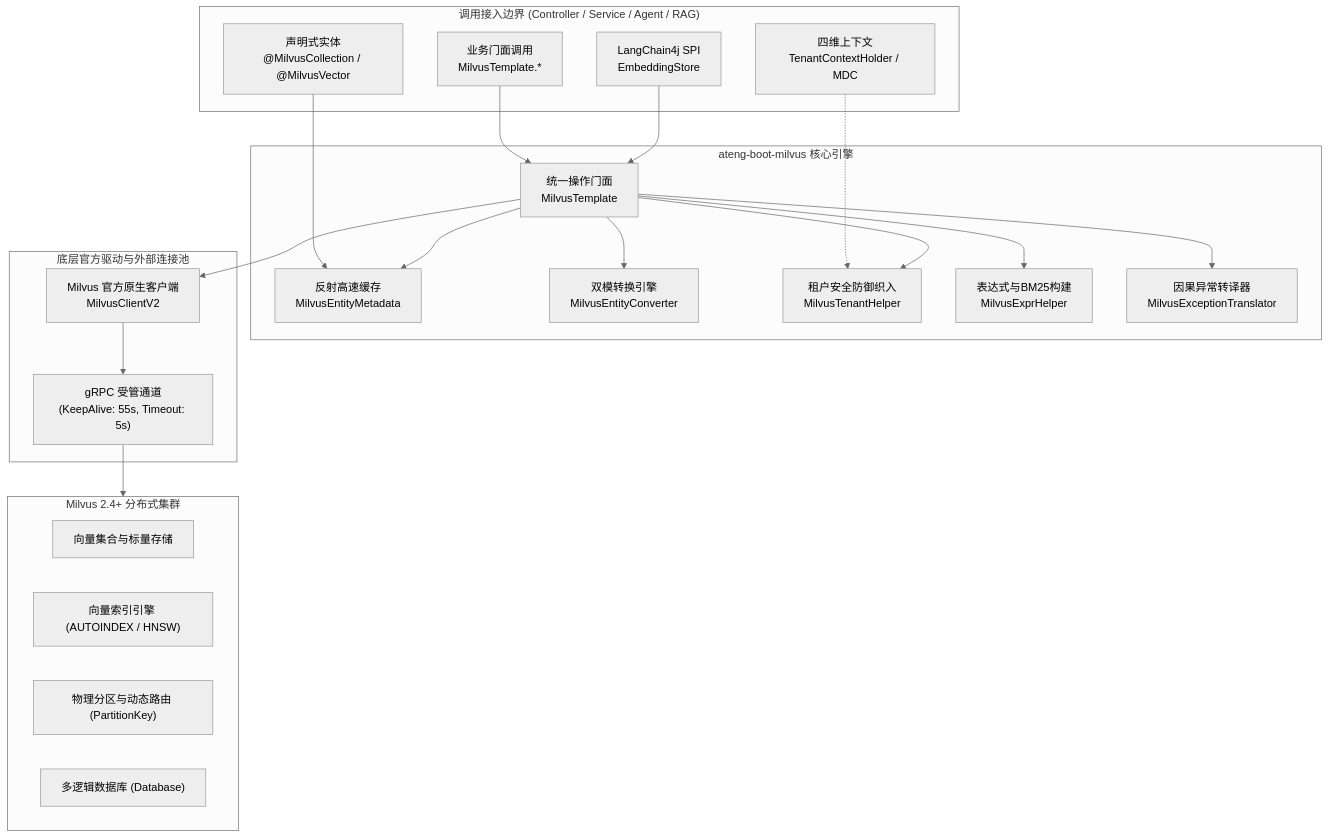
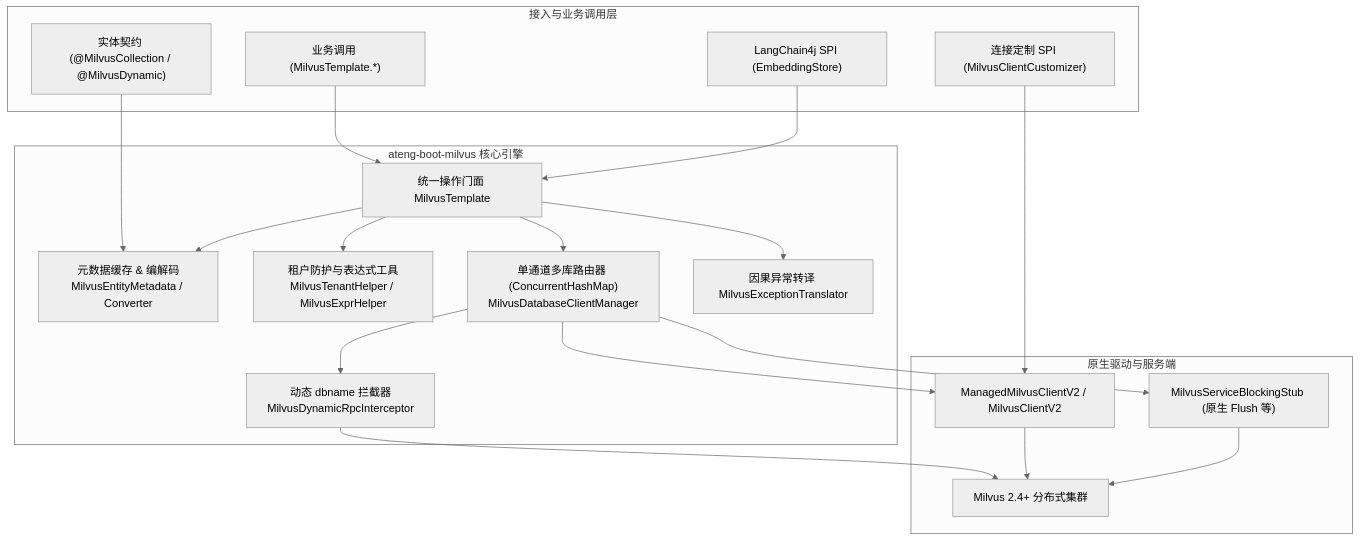
One commit to atengk/ateng-boot changed the diagram in ateng-boot-milvus/README.md. Above: the diagram before and after it, drawn with Mermaid (neutral theme). The commit also changed other lines of this file and 5 other files, not shown here.

````diff
--- a/ateng-boot-milvus/README.md
+++ b/ateng-boot-milvus/README.md
@@ -58,45 +146,39 @@
 ```mermaid
 flowchart TD
-    subgraph ClientLayer["调用接入边界 (Controller / Service / Agent / RAG)"]
-        AnnotationEntity["声明式实体<br>@MilvusCollection / @MilvusVector"]
-        DirectTemplate["业务门面调用<br>MilvusTemplate.*"]
-        LangChain4jClient["LangChain4j SPI<br>EmbeddingStore<TextSegment>"]
-        TenantContext["四维上下文<br>TenantContextHolder / MDC"]
+    subgraph ClientLayer["接入与业务调用层"]
+        Entity["实体契约 (@MilvusCollection / @MilvusDynamic)"]
+        Facade["业务调用 (MilvusTemplate.*)"]
+        LC4j["LangChain4j SPI (EmbeddingStore)"]
+        Customizer["连接定制 SPI (MilvusClientCustomizer)"]
     end
 
-    subgraph TemplateCore["ateng-boot-milvus 核心引擎"]
-        Tmpl["统一操作门面<br>MilvusTemplate"]
-        Metadata["反射高速缓存<br>MilvusEntityMetadata"]
-        Converter["双模转换引擎<br>MilvusEntityConverter"]
-        TenantHelper["租户安全防御织入<br>MilvusTenantHelper"]
-        ExprHelper["表达式与BM25构建<br>MilvusExprHelper"]
-        ExceptionTrans["因果异常转译器<br>MilvusExceptionTranslator"]
+    subgraph CoreEngine["ateng-boot-milvus 核心引擎"]
+        Tmpl["统一操作门面 MilvusTemplate"]
+        Meta["元数据缓存 & 编解码<br>MilvusEntityMetadata / Converter"]
+        Tenant["租户防护与表达式工具<br>MilvusTenantHelper / MilvusExprHelper"]
+        ClientMgr["单通道多库路由器 (ConcurrentHashMap)<br>MilvusDatabaseClientManager"]
+        Interceptor["动态 dbname 拦截器<br>MilvusDynamicRpcInterceptor"]
+        ExTrans["因果异常转译 MilvusExceptionTranslator"]
     end
 
-    subgraph NativeDriver["底层官方驱动与外部连接池"]
-        ClientV2["Milvus 官方原生客户端<br>MilvusClientV2"]
-        NativeChannel["gRPC 受管通道<br>(KeepAlive: 55s, Timeout: 5s)"]
+    subgraph DriverLayer["原生驱动与服务端"]
+        ManagedClient["ManagedMilvusClientV2 / MilvusClientV2"]
+        Stub["MilvusServiceBlockingStub (原生 Flush 等)"]
+        Milvus["Milvus 2.4+ 分布式集群"]
     end
 
-    subgraph MilvusCluster["Milvus 2.4+ 分布式集群"]
-        CollectionStore["向量集合与标量存储"]
-        IndexEngine["向量索引引擎 (AUTOINDEX / HNSW)"]
-        PartitionEngine["物理分区与动态路由 (PartitionKey)"]
-        MultiDatabase["多逻辑数据库 (Database)"]
-    end
-
-    AnnotationEntity --> Metadata
-    DirectTemplate --> Tmpl
-    LangChain4jClient --> Tmpl
-    TenantContext -.-> TenantHelper
-
-    Tmpl --> Metadata
-    Tmpl --> Converter
-    Tmpl --> TenantHelper
-    Tmpl --> ExprHelper
-    Tmpl --> ExceptionTrans
-    Tmpl --> ClientV2
-
-    ClientV2 --> NativeChannel
-    NativeChannel --> MilvusCluster
+    Entity --> Meta
+    Facade --> Tmpl
+    LC4j --> Tmpl
+    Customizer --> ManagedClient
+    Tmpl --> Meta
+    Tmpl --> Tenant
+    Tmpl --> ExTrans
+    Tmpl --> ClientMgr
+    ClientMgr --> Interceptor
+    ClientMgr --> ManagedClient
+    ClientMgr --> Stub
+    Interceptor --> Milvus
+    ManagedClient --> Milvus
+    Stub --> Milvus
 ```
````
